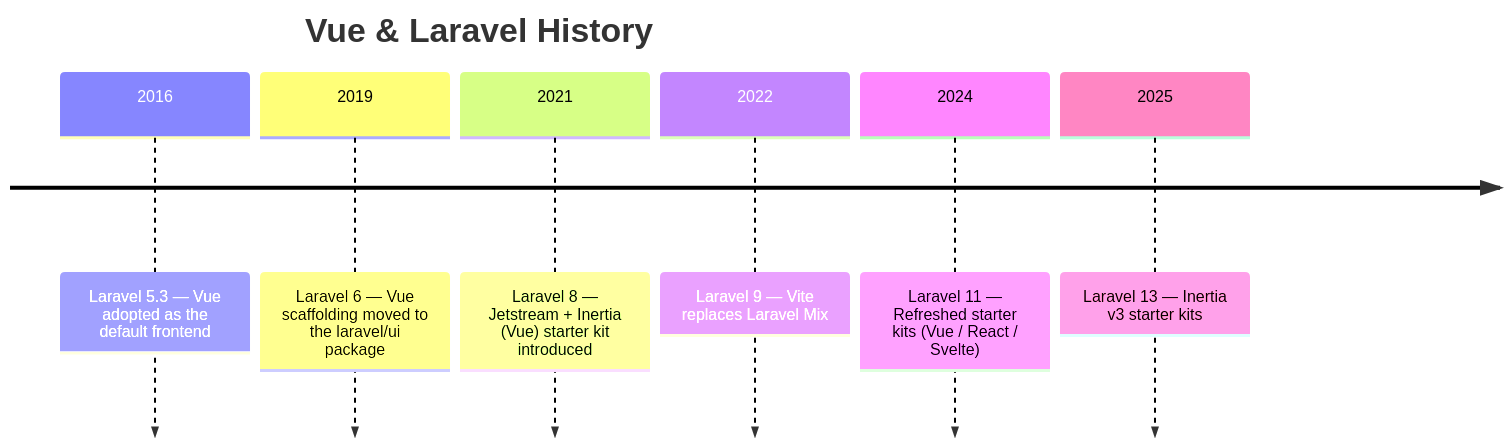
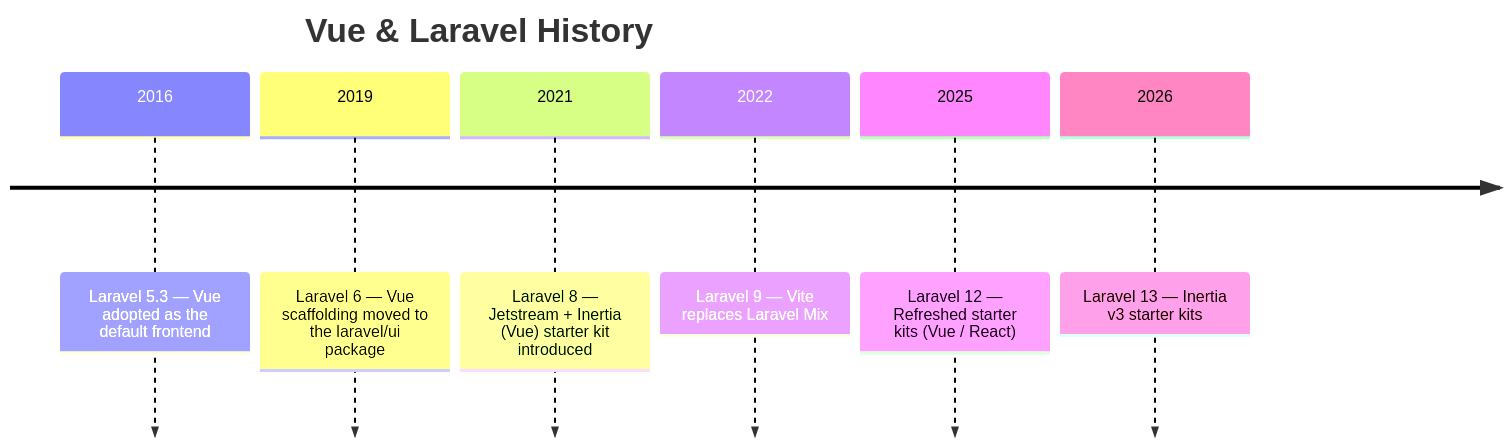
One commit to kawax/mintlify-docs changed the first of 2 diagrams in en/blog/vue-introduction.mdx. Above: the diagram before and after it, drawn with Mermaid. The commit also changed 1 other file, not shown here.

````diff
--- a/en/blog/vue-introduction.mdx
+++ b/en/blog/vue-introduction.mdx
@@ -73,10 +73,10 @@
 ```mermaid
 timeline
     title Vue & Laravel History
     2016 : Laravel 5.3 — Vue adopted as the default frontend
     2019 : Laravel 6 — Vue scaffolding moved to the laravel/ui package
     2021 : Laravel 8 — Jetstream + Inertia (Vue) starter kit introduced
     2022 : Laravel 9 — Vite replaces Laravel Mix
-    2024 : Laravel 11 — Refreshed starter kits (Vue / React / Svelte)
-    2025 : Laravel 13 — Inertia v3 starter kits
+    2025 : Laravel 12 — Refreshed starter kits (Vue / React)
+    2026 : Laravel 13 — Inertia v3 starter kits
 ```
````
